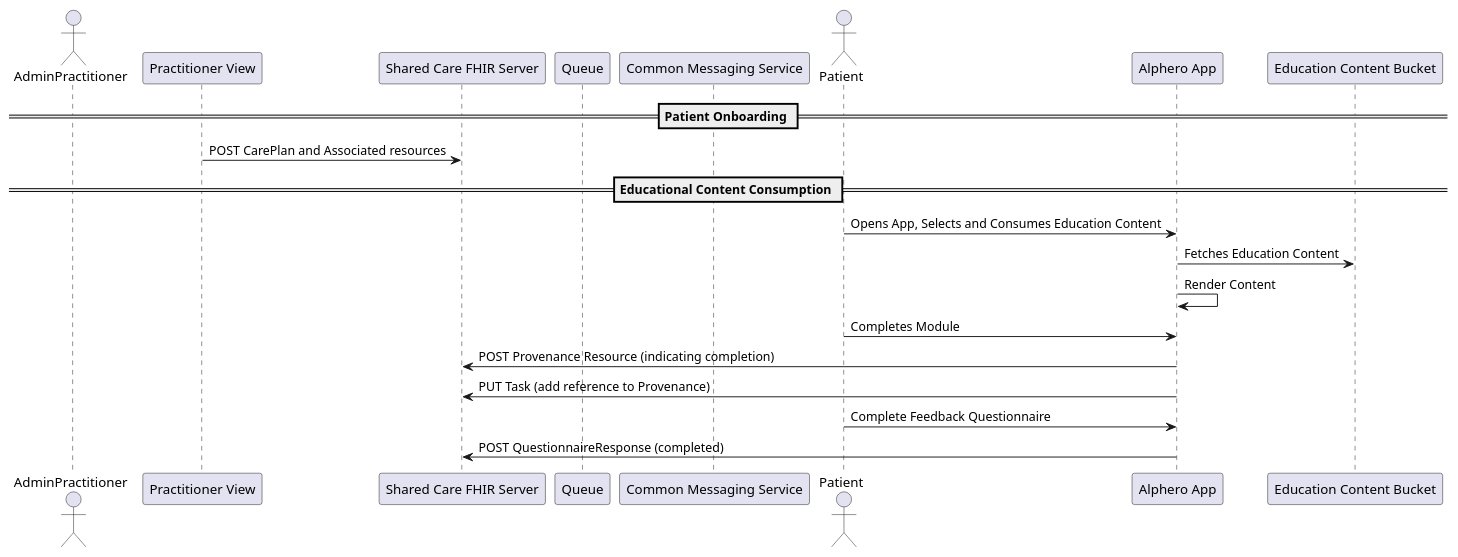
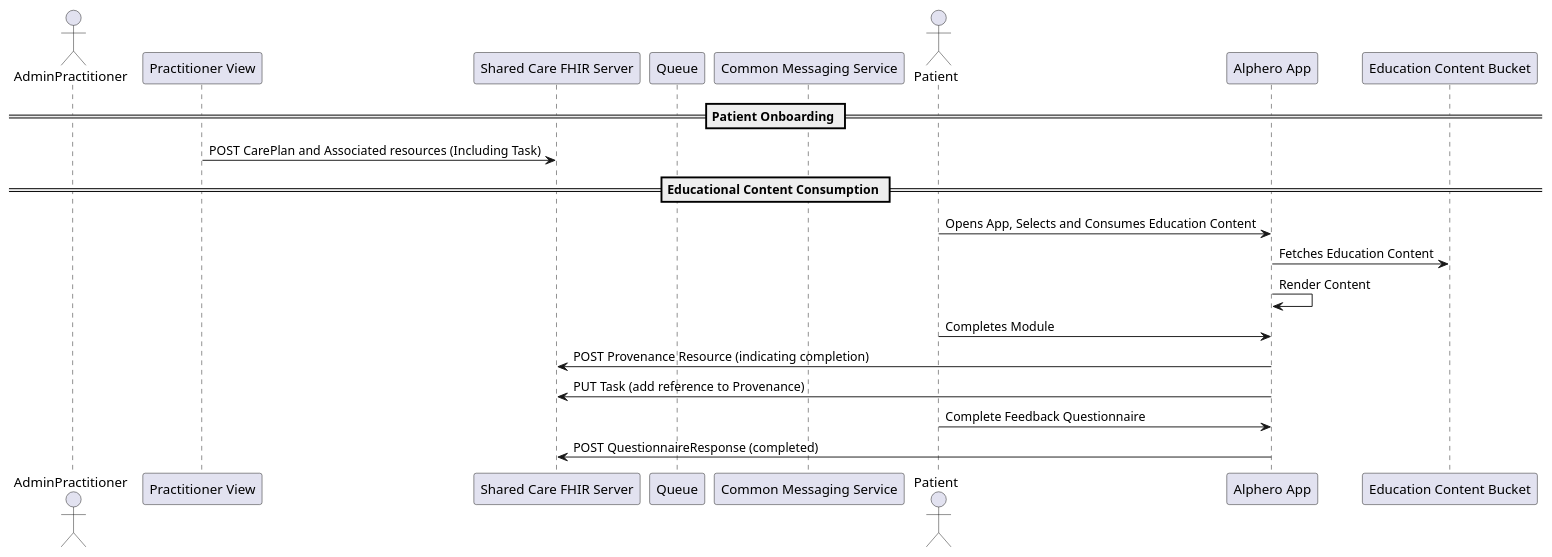
Before and after one commit to tewhatuora/cinc-fhir-ig: the diagram in input/images-source/rpm-education-flow.plantuml, drawn with PlantUML. The commit also changed 15 other files, not shown here.

```diff
--- a/input/images-source/rpm-education-flow.plantuml
+++ b/input/images-source/rpm-education-flow.plantuml
@@ -1,25 +1,24 @@
 @startuml
 actor AdminPractitioner
 participant "Practitioner View" as PV
 participant "Shared Care FHIR Server" as FHIR
 participant "Queue" as MQ
 participant "Common Messaging Service" as CMS
 actor Patient
 participant "Alphero App" as App
 participant "Education Content Bucket" as ECB
 
 == Patient Onboarding ==
-PV -> FHIR : POST CarePlan and Associated resources
-
+PV -> FHIR : POST CarePlan and Associated resources (Including Task)
 
 == Educational Content Consumption ==
 Patient -> App : Opens App, Selects and Consumes Education Content
 App -> ECB : Fetches Education Content
 App -> App : Render Content
 Patient -> App : Completes Module
 App -> FHIR : POST Provenance Resource (indicating completion)
 App -> FHIR : PUT Task (add reference to Provenance)
 Patient -> App : Complete Feedback Questionnaire
 App -> FHIR : POST QuestionnaireResponse (completed)
 
 @enduml
```
